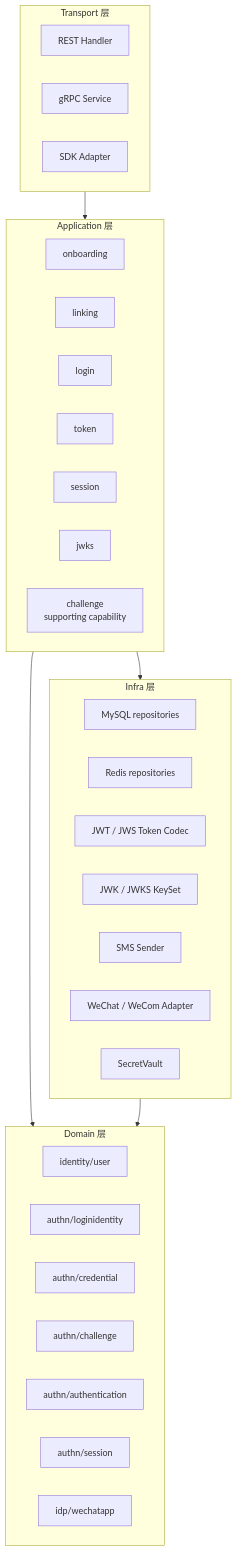
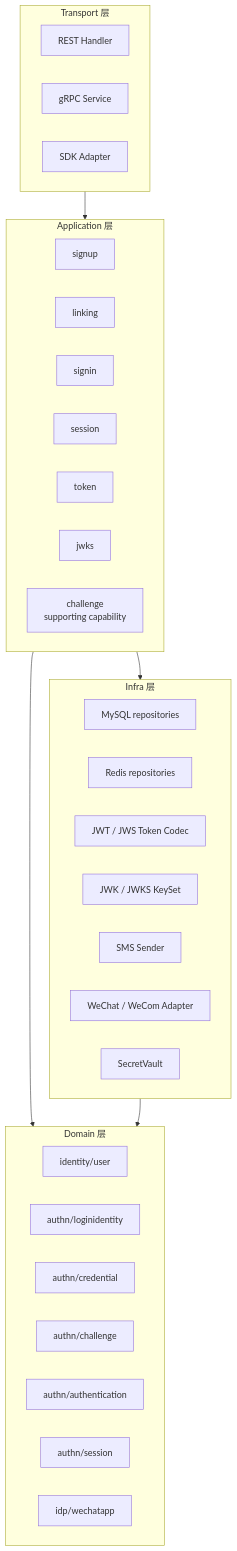
Before and after one commit to FangcunMount/iam: the diagram in docs/02-认证AuthN/08-AuthN分层架构与事实源索引.md, drawn with Mermaid. The commit also changed other lines of this file and 15 other files, not shown here.

Commit message:
fix 修复重构后的残留： - onboarding / signup 并存 - doc 文档过时 - RenewSession vs RefreshToken - session 依赖过重

````diff
--- a/docs/02-认证AuthN/08-AuthN分层架构与事实源索引.md
+++ b/docs/02-认证AuthN/08-AuthN分层架构与事实源索引.md
@@ -217,43 +219,43 @@
 ```mermaid
 flowchart TB
     subgraph Transport[Transport 层]
         REST[REST Handler]
         GRPC[gRPC Service]
         SDK[SDK Adapter]
     end
 
     subgraph Application[Application 层]
-        ONB[onboarding]
+        SIGNUP[signup]
         LINK[linking]
-        LOGIN[login]
+        SIGNIN[signin]
+        SESSIONAPP[session]
         TOKEN[token]
-        SESSIONAPP[session]
         JWKSAPP[jwks]
         CHAPP[challenge<br/>supporting capability]
     end
 
     subgraph Domain[Domain 层]
         USER[identity/user]
         LI[authn/loginidentity]
         CRED[authn/credential]
         CH[authn/challenge]
         AUTH[authn/authentication]
         SESS[authn/session]
         IDPAPP[idp/wechatapp]
     end
 
     subgraph Infra[Infra 层]
         MYSQL[MySQL repositories]
         REDIS[Redis repositories]
         JWT[JWT / JWS Token Codec]
         KEYSET[JWK / JWKS KeySet]
         SMS[SMS Sender]
         IDP[WeChat / WeCom Adapter]
         VAULT[SecretVault]
     end
 
     Transport --> Application
     Application --> Domain
     Application --> Infra
     Infra --> Domain
 ```
````
